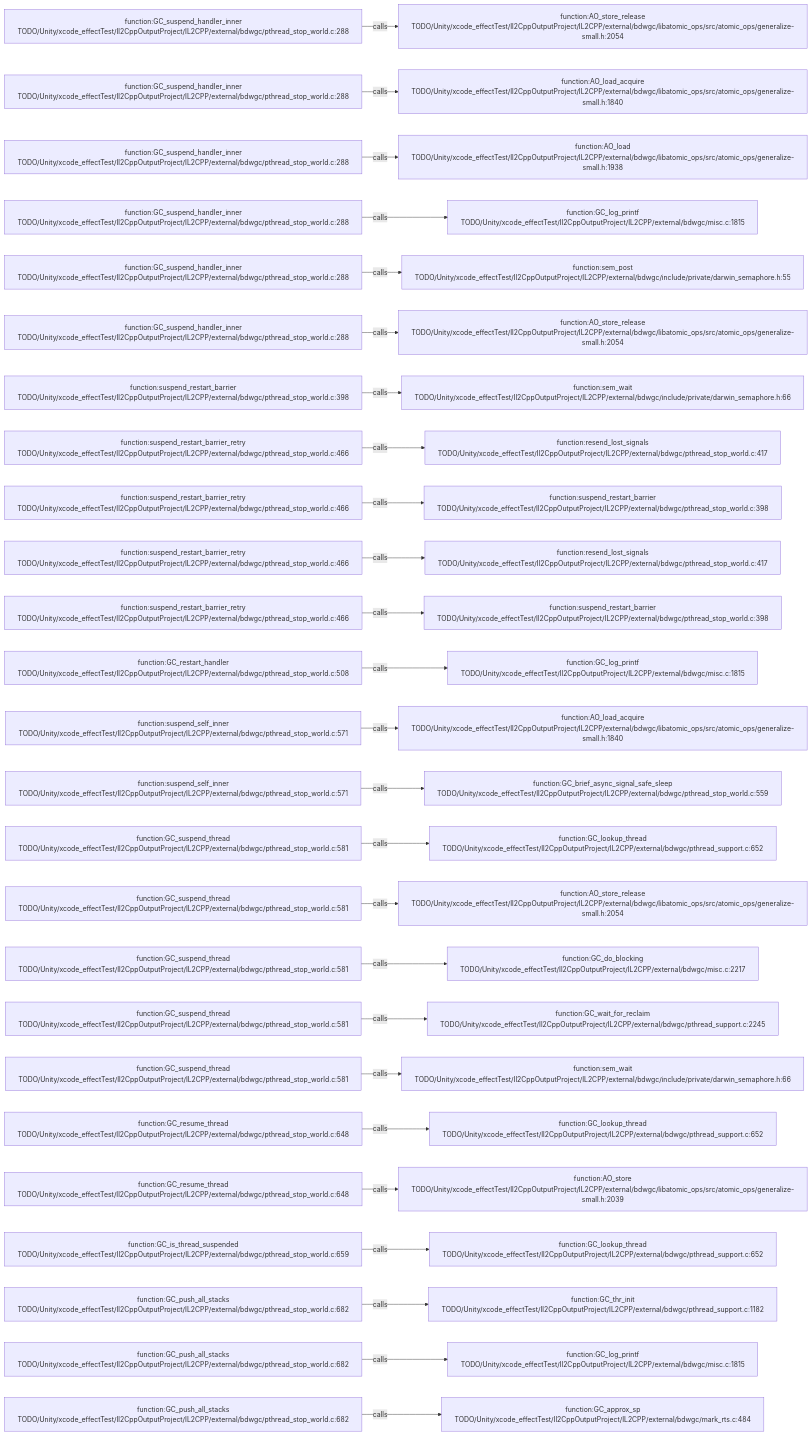
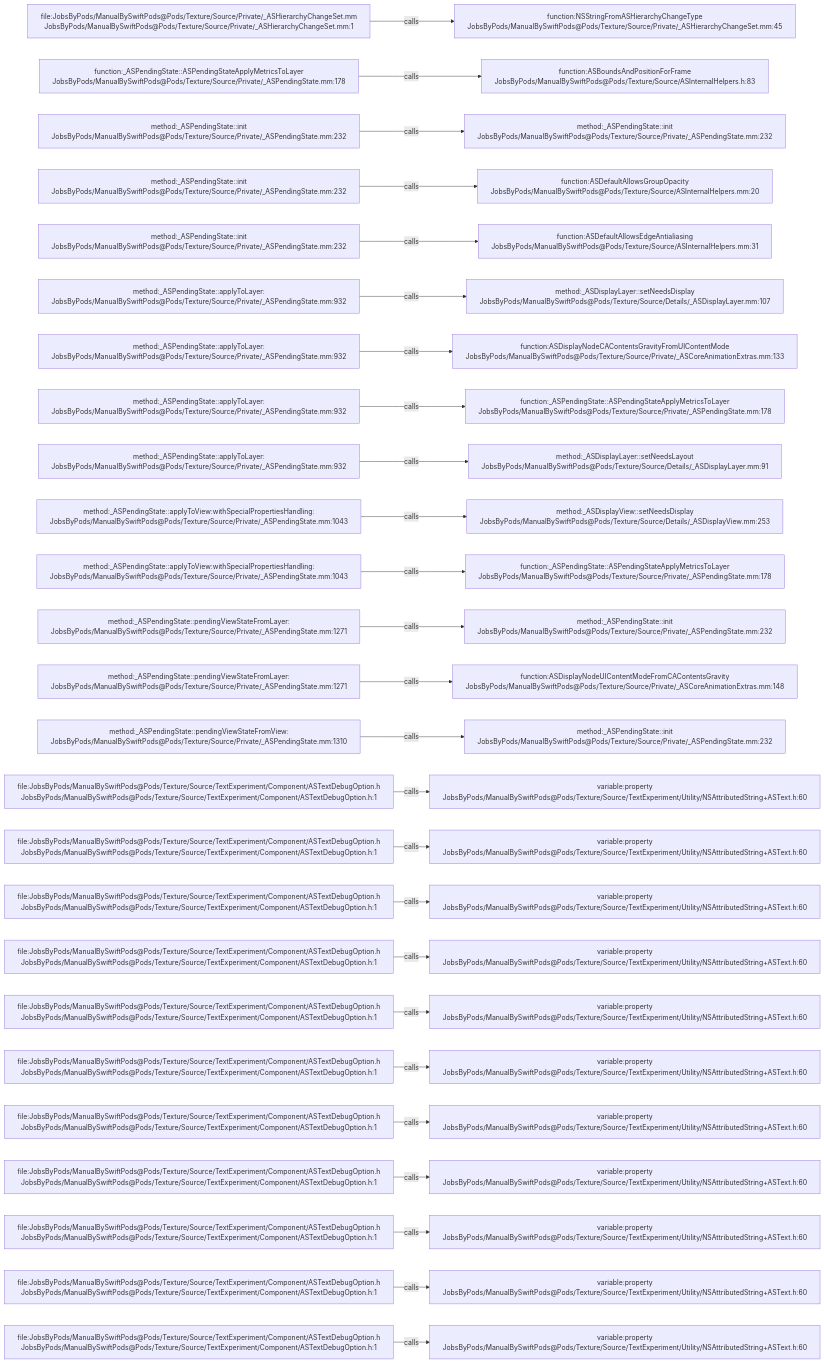
Before and after one commit to JobsKits/JobsSwiftBaseConfigDemo: the diagram in .codegraph/codegraph.md/graphs/calls-149.md, drawn with Mermaid. The commit also changed 2959 other files, not shown here.

````diff
--- a/.codegraph/codegraph.md/graphs/calls-149.md
+++ b/.codegraph/codegraph.md/graphs/calls-149.md
@@ -13,78 +13,78 @@
 ```mermaid
 flowchart LR
-  S1["function:GC_suspend_handler_inner<br/>TODO/Unity/xcode_effectTest/Il2CppOutputProject/IL2CPP/external/bdwgc/pthread_stop_world.c:288"]
-  T1["function:AO_store_release<br/>TODO/Unity/xcode_effectTest/Il2CppOutputProject/IL2CPP/external/bdwgc/libatomic_ops/src/atomic_ops/generalize-small.h:2054"]
+  S1["file:JobsByPods/ManualBySwiftPods@Pods/Texture/Source/Private/_ASHierarchyChangeSet.mm<br/>JobsByPods/ManualBySwiftPods@Pods/Texture/Source/Private/_ASHierarchyChangeSet.mm:1"]
+  T1["function:NSStringFromASHierarchyChangeType<br/>JobsByPods/ManualBySwiftPods@Pods/Texture/Source/Private/_ASHierarchyChangeSet.mm:45"]
   S1 -->|calls| T1
-  S2["function:GC_suspend_handler_inner<br/>TODO/Unity/xcode_effectTest/Il2CppOutputProject/IL2CPP/external/bdwgc/pthread_stop_world.c:288"]
-  T2["function:AO_load_acquire<br/>TODO/Unity/xcode_effectTest/Il2CppOutputProject/IL2CPP/external/bdwgc/libatomic_ops/src/atomic_ops/generalize-small.h:1840"]
+  S2["function:_ASPendingState::ASPendingStateApplyMetricsToLayer<br/>JobsByPods/ManualBySwiftPods@Pods/Texture/Source/Private/_ASPendingState.mm:178"]
+  T2["function:ASBoundsAndPositionForFrame<br/>JobsByPods/ManualBySwiftPods@Pods/Texture/Source/ASInternalHelpers.h:83"]
   S2 -->|calls| T2
-  S3["function:GC_suspend_handler_inner<br/>TODO/Unity/xcode_effectTest/Il2CppOutputProject/IL2CPP/external/bdwgc/pthread_stop_world.c:288"]
-  T3["function:AO_load<br/>TODO/Unity/xcode_effectTest/Il2CppOutputProject/IL2CPP/external/bdwgc/libatomic_ops/src/atomic_ops/generalize-small.h:1938"]
+  S3["method:_ASPendingState::init<br/>JobsByPods/ManualBySwiftPods@Pods/Texture/Source/Private/_ASPendingState.mm:232"]
+  T3["method:_ASPendingState::init<br/>JobsByPods/ManualBySwiftPods@Pods/Texture/Source/Private/_ASPendingState.mm:232"]
   S3 -->|calls| T3
-  S4["function:GC_suspend_handler_inner<br/>TODO/Unity/xcode_effectTest/Il2CppOutputProject/IL2CPP/external/bdwgc/pthread_stop_world.c:288"]
-  T4["function:GC_log_printf<br/>TODO/Unity/xcode_effectTest/Il2CppOutputProject/IL2CPP/external/bdwgc/misc.c:1815"]
+  S4["method:_ASPendingState::init<br/>JobsByPods/ManualBySwiftPods@Pods/Texture/Source/Private/_ASPendingState.mm:232"]
+  T4["function:ASDefaultAllowsGroupOpacity<br/>JobsByPods/ManualBySwiftPods@Pods/Texture/Source/ASInternalHelpers.mm:20"]
   S4 -->|calls| T4
-  S5["function:GC_suspend_handler_inner<br/>TODO/Unity/xcode_effectTest/Il2CppOutputProject/IL2CPP/external/bdwgc/pthread_stop_world.c:288"]
-  T5["function:sem_post<br/>TODO/Unity/xcode_effectTest/Il2CppOutputProject/IL2CPP/external/bdwgc/include/private/darwin_semaphore.h:55"]
+  S5["method:_ASPendingState::init<br/>JobsByPods/ManualBySwiftPods@Pods/Texture/Source/Private/_ASPendingState.mm:232"]
+  T5["function:ASDefaultAllowsEdgeAntialiasing<br/>JobsByPods/ManualBySwiftPods@Pods/Texture/Source/ASInternalHelpers.mm:31"]
   S5 -->|calls| T5
-  S6["function:GC_suspend_handler_inner<br/>TODO/Unity/xcode_effectTest/Il2CppOutputProject/IL2CPP/external/bdwgc/pthread_stop_world.c:288"]
-  T6["function:AO_store_release<br/>TODO/Unity/xcode_effectTest/Il2CppOutputProject/IL2CPP/external/bdwgc/libatomic_ops/src/atomic_ops/generalize-small.h:2054"]
+  S6["method:_ASPendingState::applyToLayer:<br/>JobsByPods/ManualBySwiftPods@Pods/Texture/Source/Private/_ASPendingState.mm:932"]
+  T6["method:_ASDisplayLayer::setNeedsDisplay<br/>JobsByPods/ManualBySwiftPods@Pods/Texture/Source/Details/_ASDisplayLayer.mm:107"]
   S6 -->|calls| T6
-  S7["function:suspend_restart_barrier<br/>TODO/Unity/xcode_effectTest/Il2CppOutputProject/IL2CPP/external/bdwgc/pthread_stop_world.c:398"]
-  T7["function:sem_wait<br/>TODO/Unity/xcode_effectTest/Il2CppOutputProject/IL2CPP/external/bdwgc/include/private/darwin_semaphore.h:66"]
+  S7["method:_ASPendingState::applyToLayer:<br/>JobsByPods/ManualBySwiftPods@Pods/Texture/Source/Private/_ASPendingState.mm:932"]
+  T7["function:ASDisplayNodeCAContentsGravityFromUIContentMode<br/>JobsByPods/ManualBySwiftPods@Pods/Texture/Source/Private/_ASCoreAnimationExtras.mm:133"]
   S7 -->|calls| T7
-  S8["function:suspend_restart_barrier_retry<br/>TODO/Unity/xcode_effectTest/Il2CppOutputProject/IL2CPP/external/bdwgc/pthread_stop_world.c:466"]
-  T8["function:resend_lost_signals<br/>TODO/Unity/xcode_effectTest/Il2CppOutputProject/IL2CPP/external/bdwgc/pthread_stop_world.c:417"]
+  S8["method:_ASPendingState::applyToLayer:<br/>JobsByPods/ManualBySwiftPods@Pods/Texture/Source/Private/_ASPendingState.mm:932"]
+  T8["function:_ASPendingState::ASPendingStateApplyMetricsToLayer<br/>JobsByPods/ManualBySwiftPods@Pods/Texture/Source/Private/_ASPendingState.mm:178"]
   S8 -->|calls| T8
-  S9["function:suspend_restart_barrier_retry<br/>TODO/Unity/xcode_effectTest/Il2CppOutputProject/IL2CPP/external/bdwgc/pthread_stop_world.c:466"]
-  T9["function:suspend_restart_barrier<br/>TODO/Unity/xcode_effectTest/Il2CppOutputProject/IL2CPP/external/bdwgc/pthread_stop_world.c:398"]
+  S9["method:_ASPendingState::applyToLayer:<br/>JobsByPods/ManualBySwiftPods@Pods/Texture/Source/Private/_ASPendingState.mm:932"]
+  T9["method:_ASDisplayLayer::setNeedsLayout<br/>JobsByPods/ManualBySwiftPods@Pods/Texture/Source/Details/_ASDisplayLayer.mm:91"]
   S9 -->|calls| T9
-  S10["function:suspend_restart_barrier_retry<br/>TODO/Unity/xcode_effectTest/Il2CppOutputProject/IL2CPP/external/bdwgc/pthread_stop_world.c:466"]
-  T10["function:resend_lost_signals<br/>TODO/Unity/xcode_effectTest/Il2CppOutputProject/IL2CPP/external/bdwgc/pthread_stop_world.c:417"]
+  S10["method:_ASPendingState::applyToView:withSpecialPropertiesHandling:<br/>JobsByPods/ManualBySwiftPods@Pods/Texture/Source/Private/_ASPendingState.mm:1043"]
+  T10["method:_ASDisplayView::setNeedsDisplay<br/>JobsByPods/ManualBySwiftPods@Pods/Texture/Source/Details/_ASDisplayView.mm:253"]
   S10 -->|calls| T10
-  S11["function:suspend_restart_barrier_retry<br/>TODO/Unity/xcode_effectTest/Il2CppOutputProject/IL2CPP/external/bdwgc/pthread_stop_world.c:466"]
-  T11["function:suspend_restart_barrier<br/>TODO/Unity/xcode_effectTest/Il2CppOutputProject/IL2CPP/external/bdwgc/pthread_stop_world.c:398"]
+  S11["method:_ASPendingState::applyToView:withSpecialPropertiesHandling:<br/>JobsByPods/ManualBySwiftPods@Pods/Texture/Source/Private/_ASPendingState.mm:1043"]
+  T11["function:_ASPendingState::ASPendingStateApplyMetricsToLayer<br/>JobsByPods/ManualBySwiftPods@Pods/Texture/Source/Private/_ASPendingState.mm:178"]
   S11 -->|calls| T11
-  S12["function:GC_restart_handler<br/>TODO/Unity/xcode_effectTest/Il2CppOutputProject/IL2CPP/external/bdwgc/pthread_stop_world.c:508"]
-  T12["function:GC_log_printf<br/>TODO/Unity/xcode_effectTest/Il2CppOutputProject/IL2CPP/external/bdwgc/misc.c:1815"]
+  S12["method:_ASPendingState::pendingViewStateFromLayer:<br/>JobsByPods/ManualBySwiftPods@Pods/Texture/Source/Private/_ASPendingState.mm:1271"]
+  T12["method:_ASPendingState::init<br/>JobsByPods/ManualBySwiftPods@Pods/Texture/Source/Private/_ASPendingState.mm:232"]
   S12 -->|calls| T12
-  S13["function:suspend_self_inner<br/>TODO/Unity/xcode_effectTest/Il2CppOutputProject/IL2CPP/external/bdwgc/pthread_stop_world.c:571"]
-  T13["function:AO_load_acquire<br/>TODO/Unity/xcode_effectTest/Il2CppOutputProject/IL2CPP/external/bdwgc/libatomic_ops/src/atomic_ops/generalize-small.h:1840"]
+  S13["method:_ASPendingState::pendingViewStateFromLayer:<br/>JobsByPods/ManualBySwiftPods@Pods/Texture/Source/Private/_ASPendingState.mm:1271"]
+  T13["function:ASDisplayNodeUIContentModeFromCAContentsGravity<br/>JobsByPods/ManualBySwiftPods@Pods/Texture/Source/Private/_ASCoreAnimationExtras.mm:148"]
   S13 -->|calls| T13
-  S14["function:suspend_self_inner<br/>TODO/Unity/xcode_effectTest/Il2CppOutputProject/IL2CPP/external/bdwgc/pthread_stop_world.c:571"]
-  T14["function:GC_brief_async_signal_safe_sleep<br/>TODO/Unity/xcode_effectTest/Il2CppOutputProject/IL2CPP/external/bdwgc/pthread_stop_world.c:559"]
+  S14["method:_ASPendingState::pendingViewStateFromView:<br/>JobsByPods/ManualBySwiftPods@Pods/Texture/Source/Private/_ASPendingState.mm:1310"]
+  T14["method:_ASPendingState::init<br/>JobsByPods/ManualBySwiftPods@Pods/Texture/Source/Private/_ASPendingState.mm:232"]
   S14 -->|calls| T14
-  S15["function:GC_suspend_thread<br/>TODO/Unity/xcode_effectTest/Il2CppOutputProject/IL2CPP/external/bdwgc/pthread_stop_world.c:581"]
-  T15["function:GC_lookup_thread<br/>TODO/Unity/xcode_effectTest/Il2CppOutputProject/IL2CPP/external/bdwgc/pthread_support.c:652"]
+  S15["file:JobsByPods/ManualBySwiftPods@Pods/Texture/Source/TextExperiment/Component/ASTextDebugOption.h<br/>JobsByPods/ManualBySwiftPods@Pods/Texture/Source/TextExperiment/Component/ASTextDebugOption.h:1"]
+  T15["variable:property<br/>JobsByPods/ManualBySwiftPods@Pods/Texture/Source/TextExperiment/Utility/NSAttributedString+ASText.h:60"]
   S15 -->|calls| T15
-  S16["function:GC_suspend_thread<br/>TODO/Unity/xcode_effectTest/Il2CppOutputProject/IL2CPP/external/bdwgc/pthread_stop_world.c:581"]
-  T16["function:AO_store_release<br/>TODO/Unity/xcode_effectTest/Il2CppOutputProject/IL2CPP/external/bdwgc/libatomic_ops/src/atomic_ops/generalize-small.h:2054"]
+  S16["file:JobsByPods/ManualBySwiftPods@Pods/Texture/Source/TextExperiment/Component/ASTextDebugOption.h<br/>JobsByPods/ManualBySwiftPods@Pods/Texture/Source/TextExperiment/Component/ASTextDebugOption.h:1"]
+  T16["variable:property<br/>JobsByPods/ManualBySwiftPods@Pods/Texture/Source/TextExperiment/Utility/NSAttributedString+ASText.h:60"]
   S16 -->|calls| T16
-  S17["function:GC_suspend_thread<br/>TODO/Unity/xcode_effectTest/Il2CppOutputProject/IL2CPP/external/bdwgc/pthread_stop_world.c:581"]
-  T17["function:GC_do_blocking<br/>TODO/Unity/xcode_effectTest/Il2CppOutputProject/IL2CPP/external/bdwgc/misc.c:2217"]
+  S17["file:JobsByPods/ManualBySwiftPods@Pods/Texture/Source/TextExperiment/Component/ASTextDebugOption.h<br/>JobsByPods/ManualBySwiftPods@Pods/Texture/Source/TextExperiment/Component/ASTextDebugOption.h:1"]
+  T17["variable:property<br/>JobsByPods/ManualBySwiftPods@Pods/Texture/Source/TextExperiment/Utility/NSAttributedString+ASText.h:60"]
   S17 -->|calls| T17
-  S18["function:GC_suspend_thread<br/>TODO/Unity/xcode_effectTest/Il2CppOutputProject/IL2CPP/external/bdwgc/pthread_stop_world.c:581"]
-  T18["function:GC_wait_for_reclaim<br/>TODO/Unity/xcode_effectTest/Il2CppOutputProject/IL2CPP/external/bdwgc/pthread_support.c:2245"]
+  S18["file:JobsByPods/ManualBySwiftPods@Pods/Texture/Source/TextExperiment/Component/ASTextDebugOption.h<br/>JobsByPods/ManualBySwiftPods@Pods/Texture/Source/TextExperiment/Component/ASTextDebugOption.h:1"]
+  T18["variable:property<br/>JobsByPods/ManualBySwiftPods@Pods/Texture/Source/TextExperiment/Utility/NSAttributedString+ASText.h:60"]
   S18 -->|calls| T18
-  S19["function:GC_suspend_thread<br/>TODO/Unity/xcode_effectTest/Il2CppOutputProject/IL2CPP/external/bdwgc/pthread_stop_world.c:581"]
-  T19["function:sem_wait<br/>TODO/Unity/xcode_effectTest/Il2CppOutputProject/IL2CPP/external/bdwgc/include/private/darwin_semaphore.h:66"]
+  S19["file:JobsByPods/ManualBySwiftPods@Pods/Texture/Source/TextExperiment/Component/ASTextDebugOption.h<br/>JobsByPods/ManualBySwiftPods@Pods/Texture/Source/TextExperiment/Component/ASTextDebugOption.h:1"]
+  T19["variable:property<br/>JobsByPods/ManualBySwiftPods@Pods/Texture/Source/TextExperiment/Utility/NSAttributedString+ASText.h:60"]
   S19 -->|calls| T19
-  S20["function:GC_resume_thread<br/>TODO/Unity/xcode_effectTest/Il2CppOutputProject/IL2CPP/external/bdwgc/pthread_stop_world.c:648"]
-  T20["function:GC_lookup_thread<br/>TODO/Unity/xcode_effectTest/Il2CppOutputProject/IL2CPP/external/bdwgc/pthread_support.c:652"]
+  S20["file:JobsByPods/ManualBySwiftPods@Pods/Texture/Source/TextExperiment/Component/ASTextDebugOption.h<br/>JobsByPods/ManualBySwiftPods@Pods/Texture/Source/TextExperiment/Component/ASTextDebugOption.h:1"]
+  T20["variable:property<br/>JobsByPods/ManualBySwiftPods@Pods/Texture/Source/TextExperiment/Utility/NSAttributedString+ASText.h:60"]
   S20 -->|calls| T20
-  S21["function:GC_resume_thread<br/>TODO/Unity/xcode_effectTest/Il2CppOutputProject/IL2CPP/external/bdwgc/pthread_stop_world.c:648"]
-  T21["function:AO_store<br/>TODO/Unity/xcode_effectTest/Il2CppOutputProject/IL2CPP/external/bdwgc/libatomic_ops/src/atomic_ops/generalize-small.h:2039"]
+  S21["file:JobsByPods/ManualBySwiftPods@Pods/Texture/Source/TextExperiment/Component/ASTextDebugOption.h<br/>JobsByPods/ManualBySwiftPods@Pods/Texture/Source/TextExperiment/Component/ASTextDebugOption.h:1"]
+  T21["variable:property<br/>JobsByPods/ManualBySwiftPods@Pods/Texture/Source/TextExperiment/Utility/NSAttributedString+ASText.h:60"]
   S21 -->|calls| T21
-  S22["function:GC_is_thread_suspended<br/>TODO/Unity/xcode_effectTest/Il2CppOutputProject/IL2CPP/external/bdwgc/pthread_stop_world.c:659"]
-  T22["function:GC_lookup_thread<br/>TODO/Unity/xcode_effectTest/Il2CppOutputProject/IL2CPP/external/bdwgc/pthread_support.c:652"]
+  S22["file:JobsByPods/ManualBySwiftPods@Pods/Texture/Source/TextExperiment/Component/ASTextDebugOption.h<br/>JobsByPods/ManualBySwiftPods@Pods/Texture/Source/TextExperiment/Component/ASTextDebugOption.h:1"]
+  T22["variable:property<br/>JobsByPods/ManualBySwiftPods@Pods/Texture/Source/TextExperiment/Utility/NSAttributedString+ASText.h:60"]
   S22 -->|calls| T22
-  S23["function:GC_push_all_stacks<br/>TODO/Unity/xcode_effectTest/Il2CppOutputProject/IL2CPP/external/bdwgc/pthread_stop_world.c:682"]
-  T23["function:GC_thr_init<br/>TODO/Unity/xcode_effectTest/Il2CppOutputProject/IL2CPP/external/bdwgc/pthread_support.c:1182"]
+  S23["file:JobsByPods/ManualBySwiftPods@Pods/Texture/Source/TextExperiment/Component/ASTextDebugOption.h<br/>JobsByPods/ManualBySwiftPods@Pods/Texture/Source/TextExperiment/Component/ASTextDebugOption.h:1"]
+  T23["variable:property<br/>JobsByPods/ManualBySwiftPods@Pods/Texture/Source/TextExperiment/Utility/NSAttributedString+ASText.h:60"]
   S23 -->|calls| T23
-  S24["function:GC_push_all_stacks<br/>TODO/Unity/xcode_effectTest/Il2CppOutputProject/IL2CPP/external/bdwgc/pthread_stop_world.c:682"]
-  T24["function:GC_log_printf<br/>TODO/Unity/xcode_effectTest/Il2CppOutputProject/IL2CPP/external/bdwgc/misc.c:1815"]
+  S24["file:JobsByPods/ManualBySwiftPods@Pods/Texture/Source/TextExperiment/Component/ASTextDebugOption.h<br/>JobsByPods/ManualBySwiftPods@Pods/Texture/Source/TextExperiment/Component/ASTextDebugOption.h:1"]
+  T24["variable:property<br/>JobsByPods/ManualBySwiftPods@Pods/Texture/Source/TextExperiment/Utility/NSAttributedString+ASText.h:60"]
   S24 -->|calls| T24
-  S25["function:GC_push_all_stacks<br/>TODO/Unity/xcode_effectTest/Il2CppOutputProject/IL2CPP/external/bdwgc/pthread_stop_world.c:682"]
-  T25["function:GC_approx_sp<br/>TODO/Unity/xcode_effectTest/Il2CppOutputProject/IL2CPP/external/bdwgc/mark_rts.c:484"]
+  S25["file:JobsByPods/ManualBySwiftPods@Pods/Texture/Source/TextExperiment/Component/ASTextDebugOption.h<br/>JobsByPods/ManualBySwiftPods@Pods/Texture/Source/TextExperiment/Component/ASTextDebugOption.h:1"]
+  T25["variable:property<br/>JobsByPods/ManualBySwiftPods@Pods/Texture/Source/TextExperiment/Utility/NSAttributedString+ASText.h:60"]
   S25 -->|calls| T25
 ```
````
